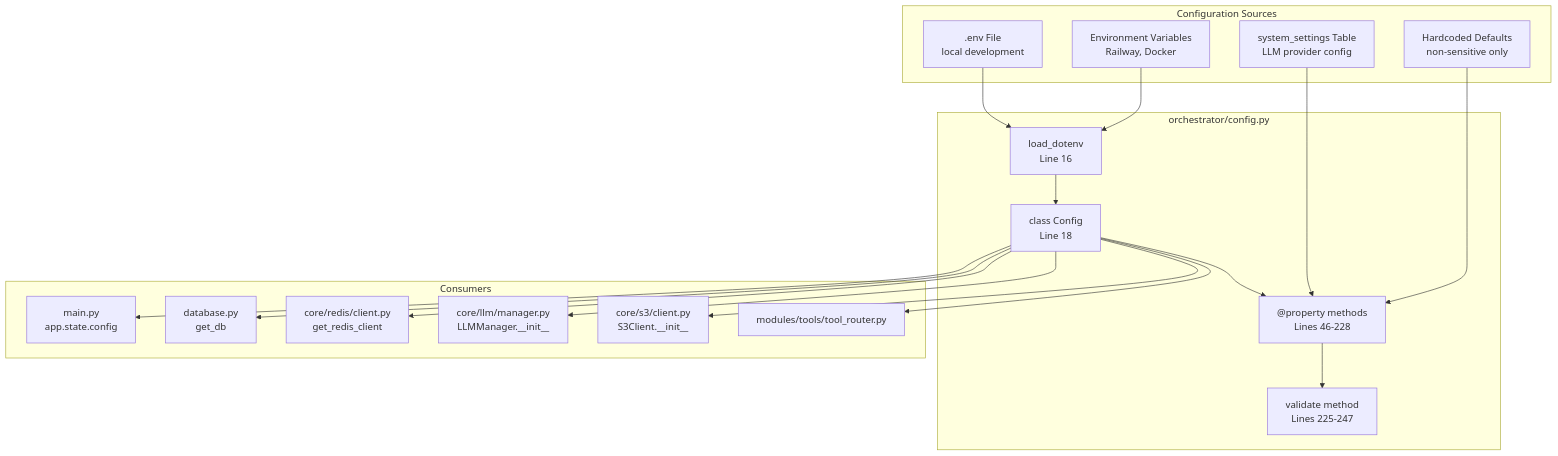
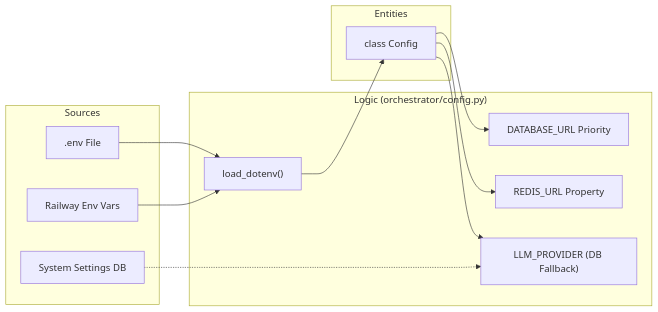
One commit to AutomatosAI/automatos-ai changed the second of 2 diagrams in docs/deployment-infrastructure/_index.md. Above: the diagram before and after it, drawn with Mermaid. The commit also changed other lines of this file and 149 other files, not shown here.

Commit message:
docs: refresh documentation with graphify semantic scan

````diff
--- a/docs/deployment-infrastructure/_index.md
+++ b/docs/deployment-infrastructure/_index.md
@@ -588,40 +154,27 @@
 ```mermaid
-graph TB
-    subgraph "Configuration Sources"
-        EnvFile[".env File<br/>local development"]
-        EnvVars["Environment Variables<br/>Railway, Docker"]
-        Database["system_settings Table<br/>LLM provider config"]
-        Defaults["Hardcoded Defaults<br/>non-sensitive only"]
+graph LR
+    subgraph "Sources"
+        Env[".env File"]
+        Railway["Railway Env Vars"]
+        DB["System Settings DB"]
     end
-    
-    subgraph "orchestrator/config.py"
-        LoadDotenv["load_dotenv<br/>Line 16"]
-        ConfigClass["class Config<br/>Line 18"]
-        Properties["@property methods<br/>Lines 46-228"]
-        Validation["validate method<br/>Lines 225-247"]
+
+    subgraph "Logic (orchestrator/config.py)"
+        Load["load_dotenv()"]
+        DATABASE_URL["DATABASE_URL Priority"]
+        REDIS_URL["REDIS_URL Property"]
+        LLM["LLM_PROVIDER (DB Fallback)"]
     end
-    
-    subgraph "Consumers"
-        MainApp["main.py<br/>app.state.config"]
-        DatabaseClient["database.py<br/>get_db"]
-        RedisClient["core/redis/client.py<br/>get_redis_client"]
-        LLMManager["core/llm/manager.py<br/>LLMManager.__init__"]
-        S3Service["core/s3/client.py<br/>S3Client.__init__"]
-        ToolRouter["modules/tools/tool_router.py"]
+
+    subgraph "Entities"
+        ConfigClass["class Config"]
     end
-    
-    EnvFile --> LoadDotenv
-    EnvVars --> LoadDotenv
-    LoadDotenv --> ConfigClass
-    ConfigClass --> Properties
-    Database --> Properties
-    Defaults --> Properties
-    Properties --> Validation
-    
-    ConfigClass --> MainApp
-    ConfigClass --> DatabaseClient
-    ConfigClass --> RedisClient
-    ConfigClass --> LLMManager
-    ConfigClass --> S3Service
-    ConfigClass --> ToolRouter
+
+    Env --> Load
+    Railway --> Load
+    Load --> ConfigClass
+    DB -.-> LLM
+    ConfigClass --> DATABASE_URL
+    ConfigClass --> REDIS_URL
+    ConfigClass --> LLM
 ```
````
